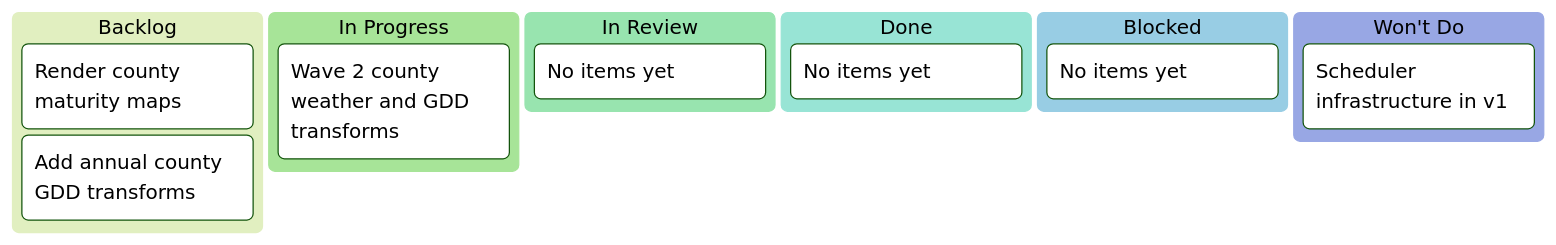
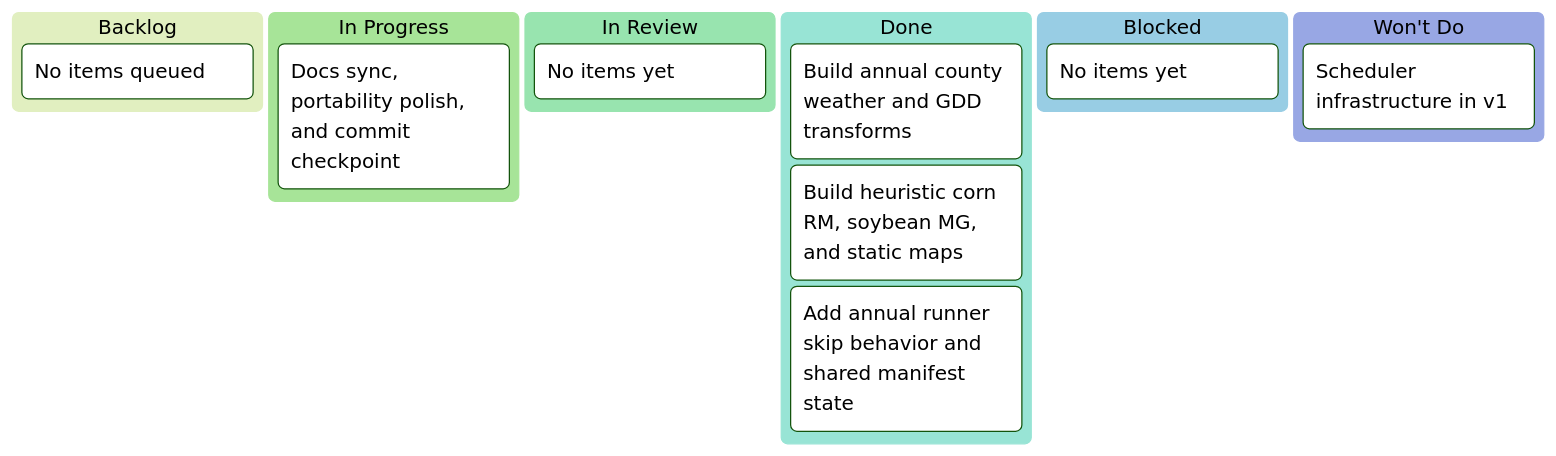
The diagram in docs/project/kanban/project-maturity-by-fips.md (SuperiorByteWorks-LLC/ag-skills-demo), drawn with Mermaid (forest theme) before and after one commit. The commit also changed other lines of this file and 2 other files, not shown here.

First line of the commit message:
docs(maturity): sync annual runner status records

````diff
--- a/docs/project/kanban/project-maturity-by-fips.md
+++ b/docs/project/kanban/project-maturity-by-fips.md
@@ -16,16 +16,17 @@
 ```mermaid
 kanban
     Backlog
-        task1[Render county maturity maps]
-        task2[Add annual county GDD transforms]
+        [No items queued]
     In Progress
-        task3[Wave 2 county weather and GDD transforms]
+        task3[Docs sync, portability polish, and commit checkpoint]
     In Review
         [No items yet]
     Done
-        [No items yet]
+        task1[Build annual county weather and GDD transforms]
+        task2[Build heuristic corn RM, soybean MG, and static maps]
+        task4[Add annual runner skip behavior and shared manifest state]
     Blocked
         [No items yet]
     Won't Do
         task4[Scheduler infrastructure in v1]
 ```
````
